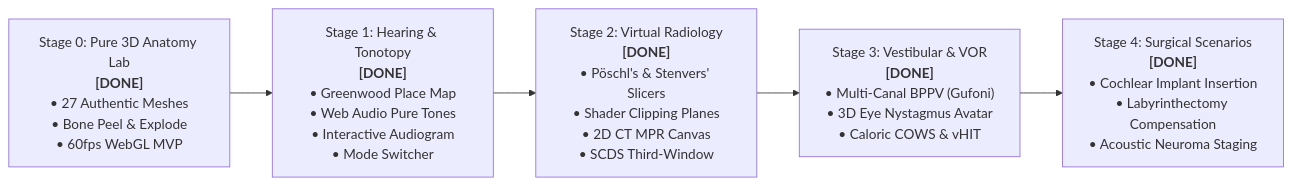
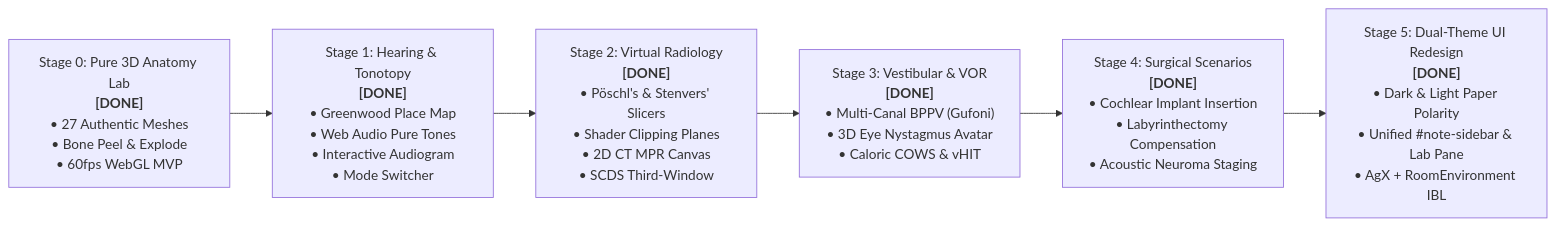
One commit to UMCai/inner-ear-3d-lab changed the diagram in ROADMAP.md. Above: the diagram before and after it, drawn with Mermaid. The commit also changed other lines of this file and 56 other files, not shown here.

Commit message:
feat(ui): complete Phase 2 dual-theme specimen UI, docs, harness, and baseline sync

````diff
--- a/ROADMAP.md
+++ b/ROADMAP.md
@@ -11,8 +11,9 @@
 ```mermaid
 flowchart LR
     S0["Stage 0: Pure 3D Anatomy Lab<br/><b>[DONE]</b><br/>• 27 Authentic Meshes<br/>• Bone Peel & Explode<br/>• 60fps WebGL MVP"] 
     --> S1["Stage 1: Hearing & Tonotopy<br/><b>[DONE]</b><br/>• Greenwood Place Map<br/>• Web Audio Pure Tones<br/>• Interactive Audiogram<br/>• Mode Switcher"]
     --> S2["Stage 2: Virtual Radiology<br/><b>[DONE]</b><br/>• Pöschl's & Stenvers' Slicers<br/>• Shader Clipping Planes<br/>• 2D CT MPR Canvas<br/>• SCDS Third-Window"]
     --> S3["Stage 3: Vestibular & VOR<br/><b>[DONE]</b><br/>• Multi-Canal BPPV (Gufoni)<br/>• 3D Eye Nystagmus Avatar<br/>• Caloric COWS & vHIT"]
     --> S4["Stage 4: Surgical Scenarios<br/><b>[DONE]</b><br/>• Cochlear Implant Insertion<br/>• Labyrinthectomy Compensation<br/>• Acoustic Neuroma Staging"]
+    --> S5["Stage 5: Dual-Theme UI Redesign<br/><b>[DONE]</b><br/>• Dark &amp; Light Paper Polarity<br/>• Unified #note-sidebar &amp; Lab Pane<br/>• AgX + RoomEnvironment IBL"]
 ```
````
